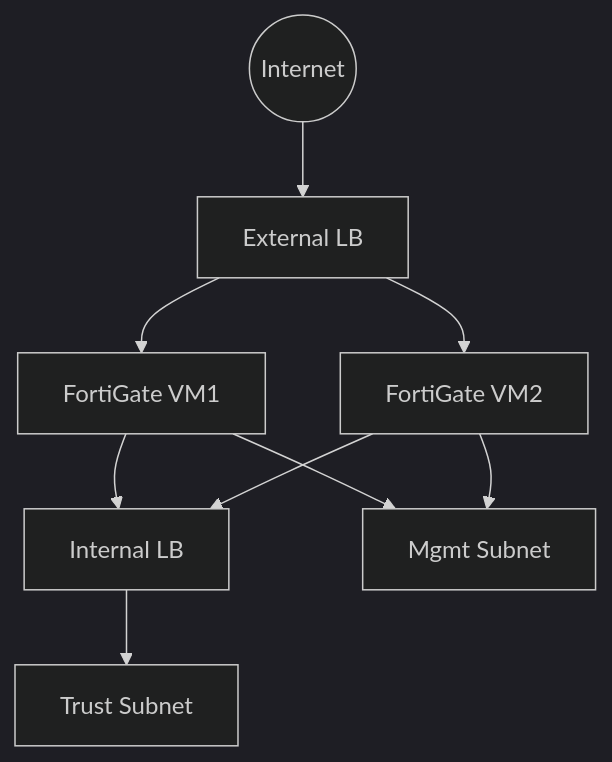
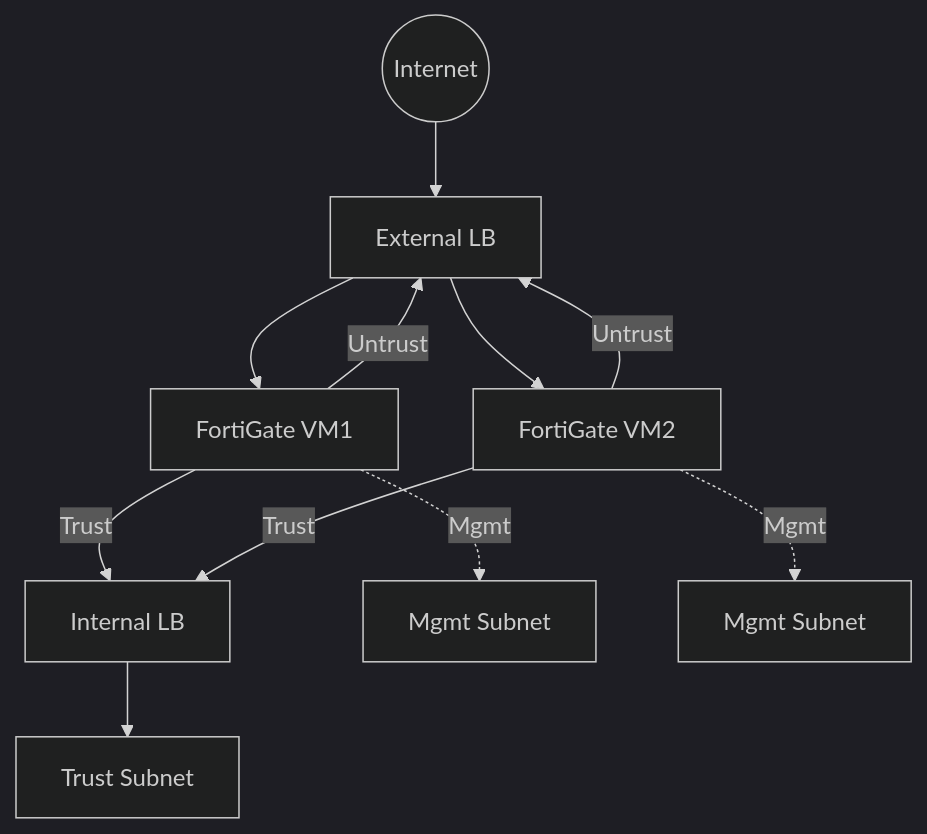
Before and after one commit to vaibhavCodian/Gcp-NVA-Playground: the sixth of 6 diagrams in Firewalls/fortinet/README.md, drawn with Mermaid (dark theme). The commit also changed other lines of this file, not shown here.

````diff
--- a/Firewalls/fortinet/README.md
+++ b/Firewalls/fortinet/README.md
@@ -109,9 +145,13 @@
 ```mermaid
 flowchart TD
     Internet((Internet)) --> ELB[External LB]
     ELB --> FG1[FortiGate VM1]
     ELB --> FG2[FortiGate VM2]
-    FG1 & FG2 --> ILB[Internal LB]
+    FG1 -- Untrust --> ELB
+    FG2 -- Untrust --> ELB
+    FG1 -- Trust --> ILB[Internal LB]
+    FG2 -- Trust --> ILB
     ILB --> Trust[Trust Subnet]
-    FG1 & FG2 --> Mgmt[Mgmt Subnet]
+    FG1 -. Mgmt .-> Mgmt1[Mgmt Subnet]
+    FG2 -. Mgmt .-> Mgmt2[Mgmt Subnet]
 ```
````
